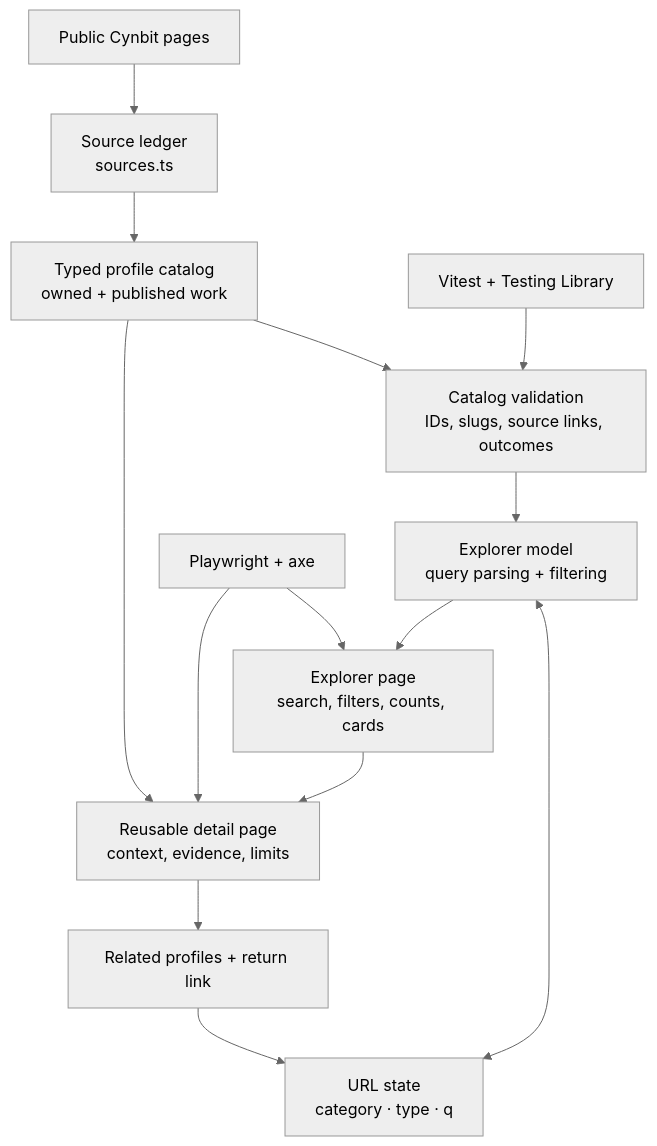
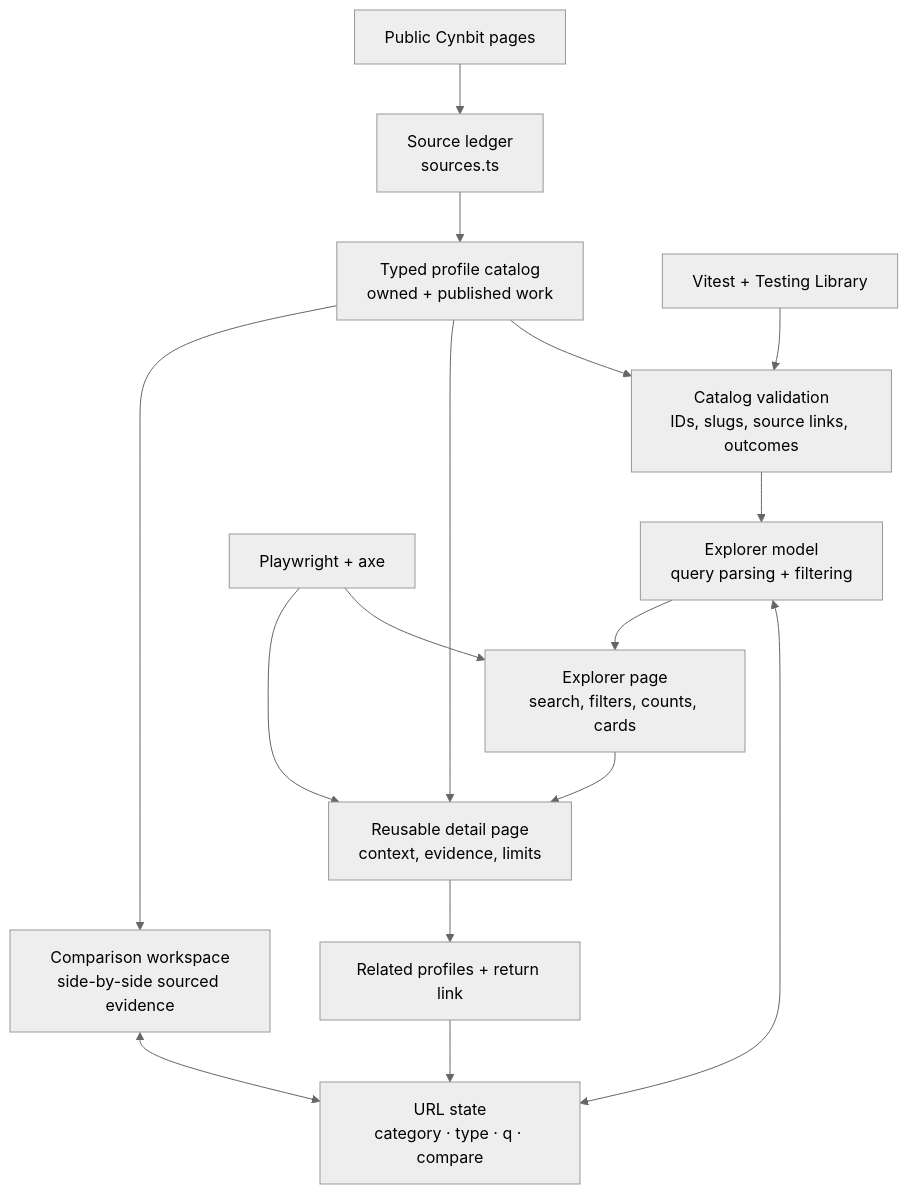
One commit to Nihalani2004/Cynbit-work-impact-explorer changed the diagram in README.md. Above: the diagram before and after it, drawn with Mermaid (neutral theme). The commit also changed other lines of this file and 16 other files, not shown here.

Commit message:
feat: add evidence-aware project comparison

````diff
--- a/README.md
+++ b/README.md
@@ -44,17 +46,19 @@
 ```mermaid
 flowchart TD
   A[Public Cynbit pages] --> B[Source ledger<br/>sources.ts]
   B --> C[Typed profile catalog<br/>owned + published work]
   C --> D[Catalog validation<br/>IDs, slugs, source links, outcomes]
   D --> E[Explorer model<br/>query parsing + filtering]
-  E <--> F[URL state<br/>category · type · q]
+  E <--> F[URL state<br/>category · type · q · compare]
   E --> G[Explorer page<br/>search, filters, counts, cards]
   C --> H[Reusable detail page<br/>context, evidence, limits]
+  C --> L[Comparison workspace<br/>side-by-side sourced evidence]
+  L <--> F
   G --> H
   H --> I[Related profiles + return link]
   I --> F
 
   J[Vitest + Testing Library] --> D
   K[Playwright + axe] --> G
   K --> H
 ```
````
